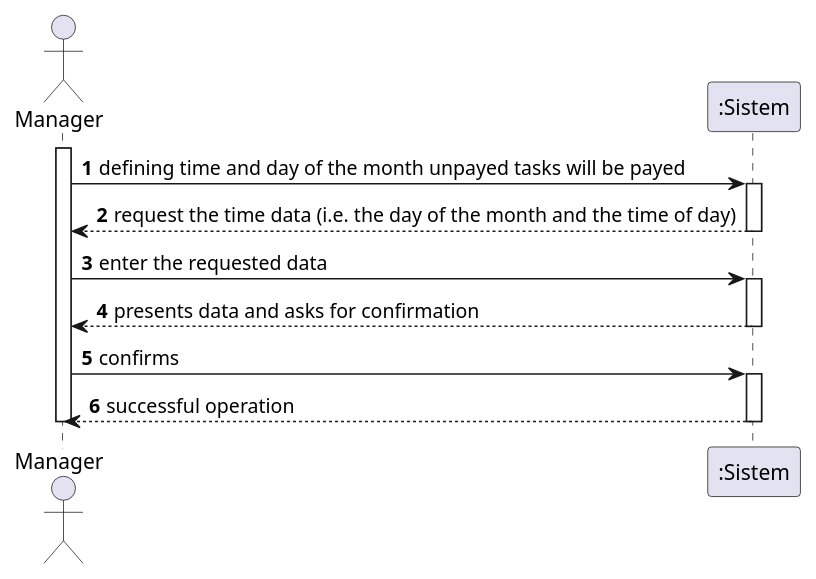
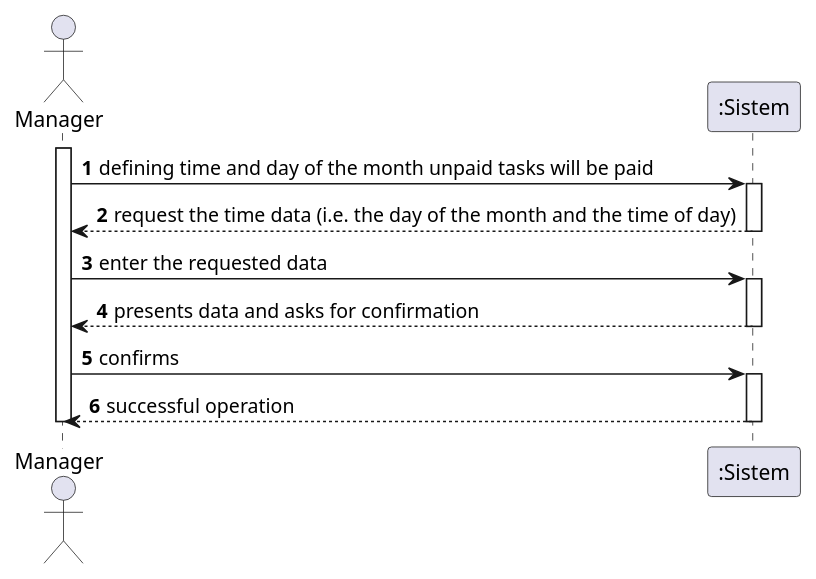
One commit to botelho-io/lapr2-2020-g029 changed the diagram in docs/UC_05/UC05_SSD.puml. Above: the diagram before and after it, drawn with PlantUML. The commit also changed 23 other files, not shown here.

Commit message:
Spelling fixes "payed" ---> "paid"

```diff
--- a/docs/UC_05/UC05_SSD.puml
+++ b/docs/UC_05/UC05_SSD.puml
@@ -1,22 +1,22 @@
 @startuml
 autonumber
 actor Manager as M
 
 activate M
-M -> ":Sistem" : defining time and day of the month unpayed tasks will be payed
+M -> ":Sistem" : defining time and day of the month unpaid tasks will be paid
 activate ":Sistem"
 ":Sistem" --> M : request the time data (i.e. the day of the month and the time of day)
 deactivate ":Sistem"
 
 M -> ":Sistem" : enter the requested data
 activate ":Sistem"
 ":Sistem" --> M : presents data and asks for confirmation
 deactivate ":Sistem"
 
 M -> ":Sistem" : confirms
 activate ":Sistem"
 ":Sistem" --> M : successful operation
 deactivate ":Sistem"
 
 deactivate M
 @enduml
```
